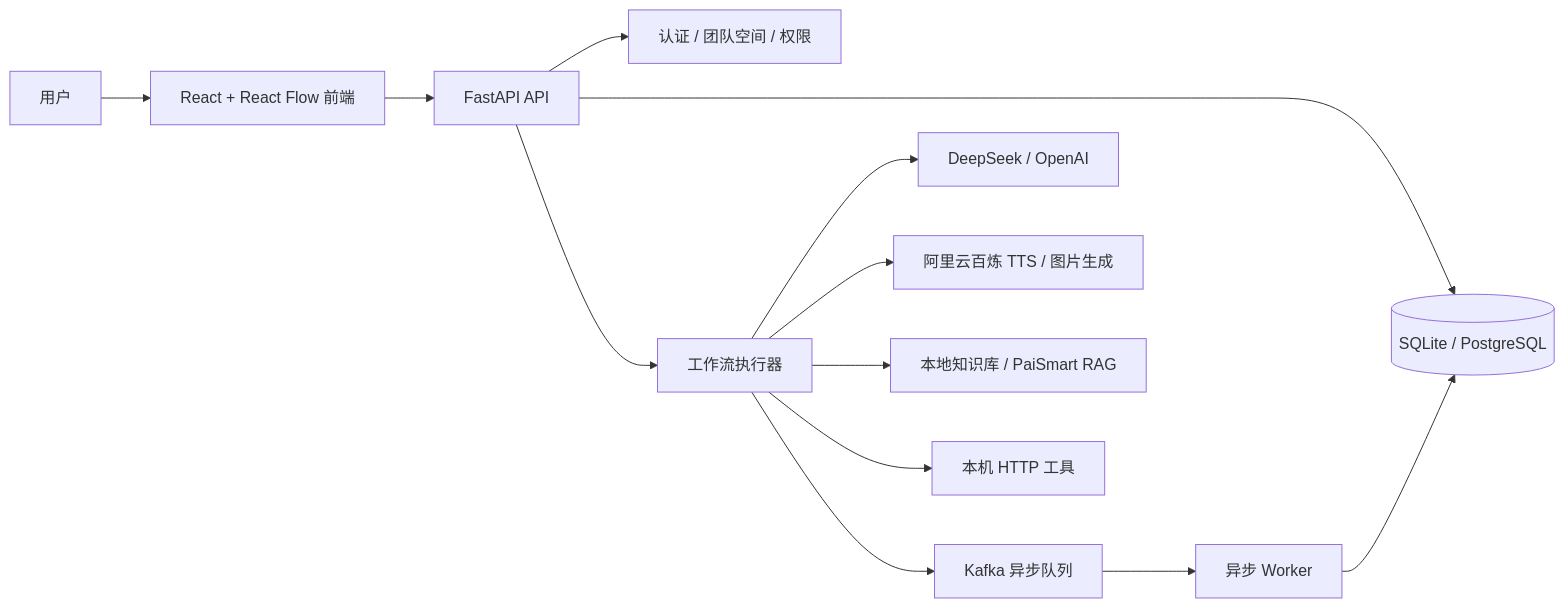
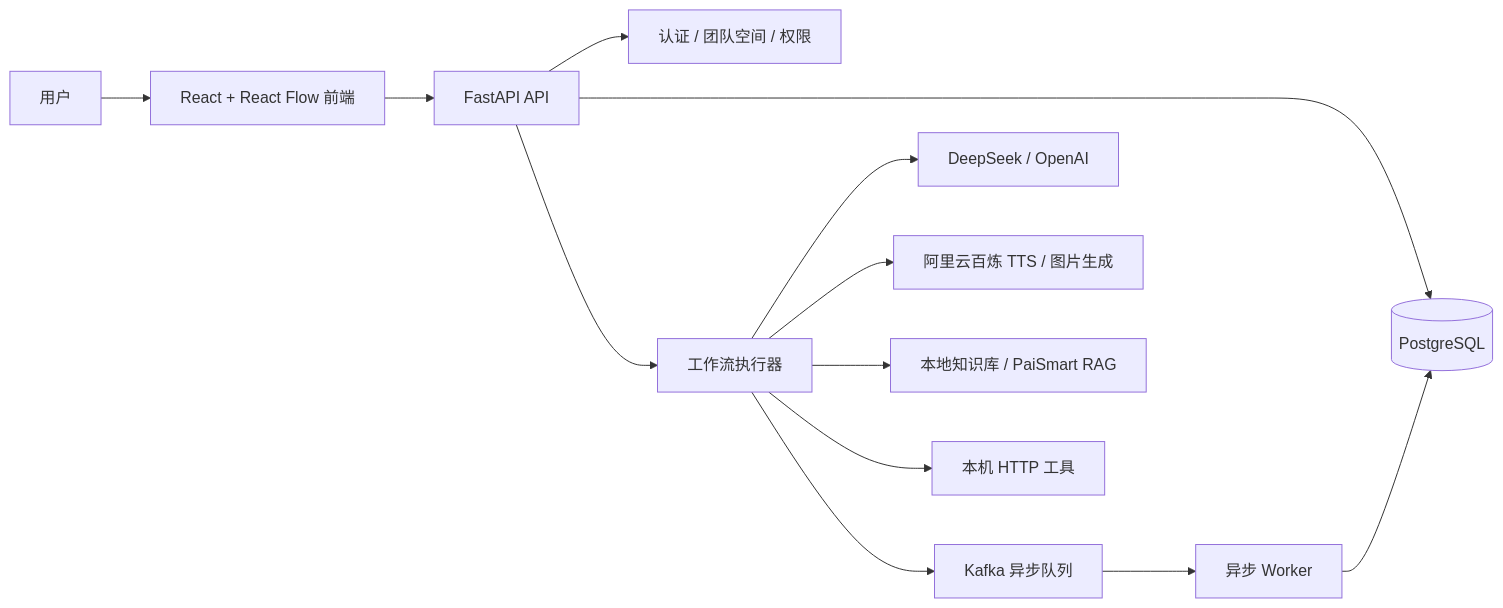
The diagram in README.md (996963759/workflow-studio), drawn with Mermaid before and after one commit. The commit also changed other lines of this file and 22 other files, not shown here.

First line of the commit message:
refactor: standardize runtime on PostgreSQL

````diff
--- a/README.md
+++ b/README.md
@@ -37,15 +37,15 @@
 ```mermaid
 flowchart LR
   User[用户] --> Web[React + React Flow 前端]
   Web --> API[FastAPI API]
   API --> Auth[认证 / 团队空间 / 权限]
-  API --> Store[(SQLite / PostgreSQL)]
+  API --> Store[(PostgreSQL)]
   API --> Runner[工作流执行器]
   Runner --> Queue[Kafka 异步队列]
   Queue --> Worker[异步 Worker]
   Runner --> LLM[DeepSeek / OpenAI]
   Runner --> DashScope[阿里云百炼 TTS / 图片生成]
   Runner --> RAG[本地知识库 / PaiSmart RAG]
   Runner --> Tool[本机 HTTP 工具]
   Worker --> Store
 ```
````
